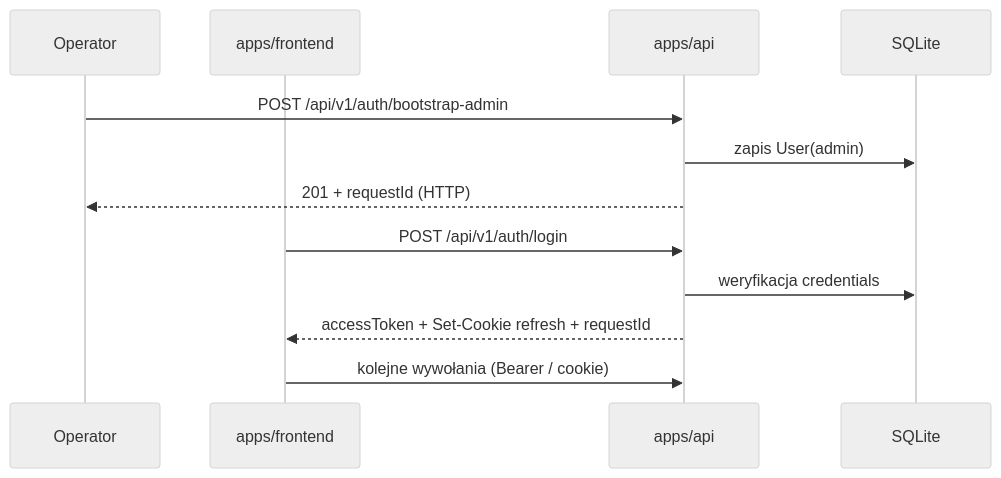
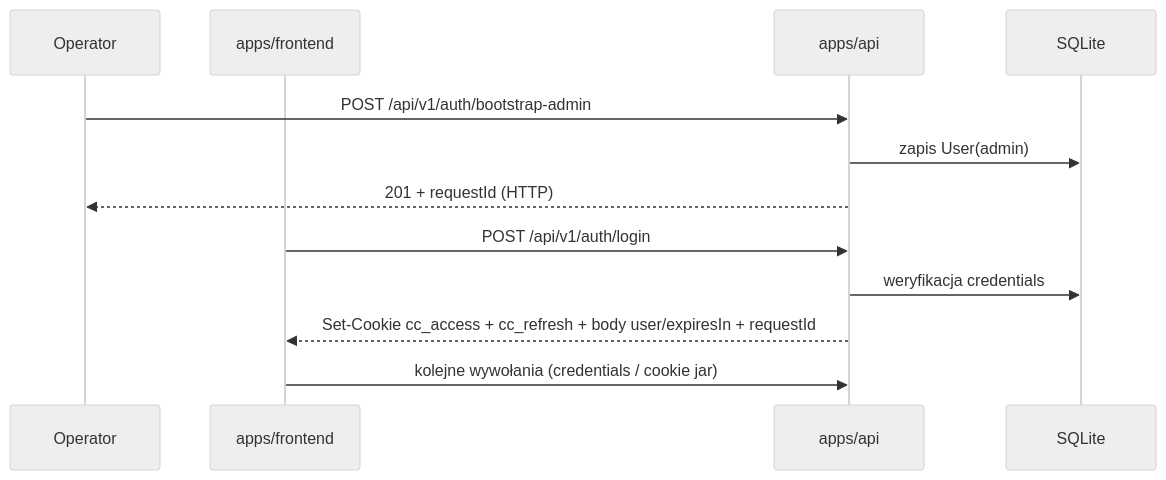
The first of 5 diagrams in docs/data_flow.md (matej2314/content-chain), drawn with Mermaid (neutral theme) before and after one commit. The commit also changed 22 other files, not shown here.

````diff
--- a/docs/data_flow.md
+++ b/docs/data_flow.md
@@ -17,16 +17,16 @@
 ```mermaid
 sequenceDiagram
   participant Op as Operator
   participant FE as apps/frontend
   participant API as apps/api
   participant DB as SQLite
 
   Op->>API: POST /api/v1/auth/bootstrap-admin
   API->>DB: zapis User(admin)
   API-->>Op: 201 + requestId (HTTP)
 
   FE->>API: POST /api/v1/auth/login
   API->>DB: weryfikacja credentials
-  API-->>FE: accessToken + Set-Cookie refresh + requestId
-  FE->>API: kolejne wywołania (Bearer / cookie)
+  API-->>FE: Set-Cookie cc_access + cc_refresh + body user/expiresIn + requestId
+  FE->>API: kolejne wywołania (credentials / cookie jar)
 ```
````
